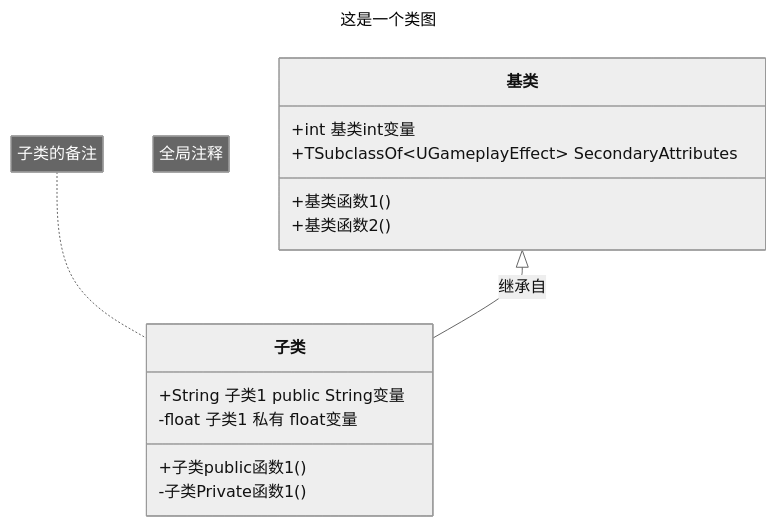
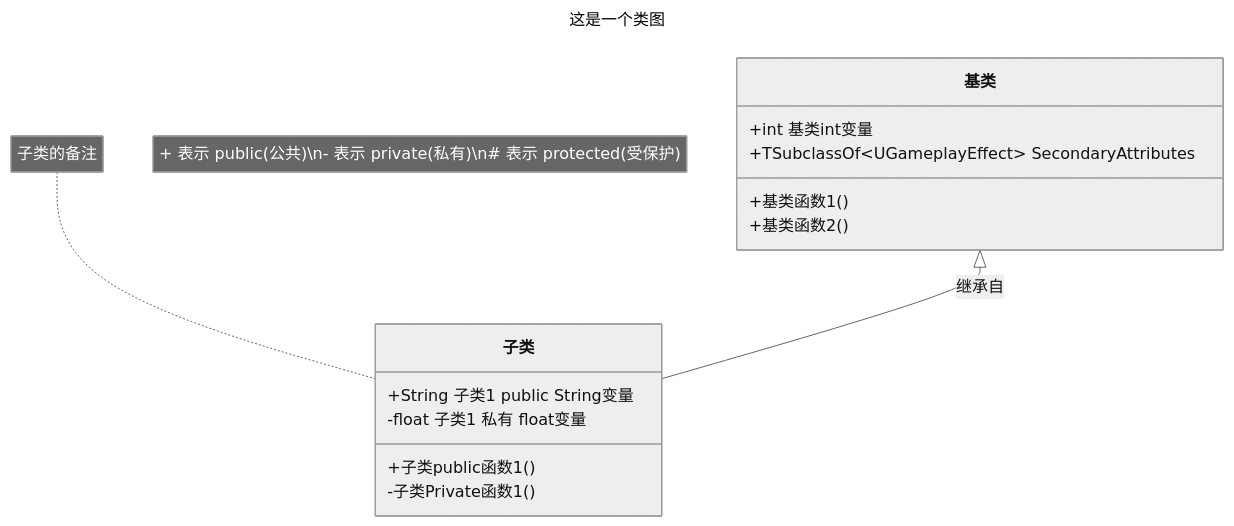
One commit to liyunlong618/LiYunLongKnowledgeLibrary changed the sixth of 8 diagrams in Mermaid格式参考.md. Above: the diagram before and after it, drawn with Mermaid (neutral theme). The commit also changed other lines of this file and 14 other files, not shown here.

Commit message:
52图

````diff
--- a/Mermaid格式参考.md
+++ b/Mermaid格式参考.md
@@ -144,25 +144,25 @@
 ```mermaid
 ---
 title: 这是一个类图
 ---
 classDiagram
 
-    note "全局注释"
+	note"+ 表示 public(公共)\n- 表示 private(私有)\n# 表示 protected(受保护)"
     
     class 基类{
         +int 基类int变量
         +TSubclassOf&lt;UGameplayEffect&gt; SecondaryAttributes
         +基类函数1()
         +基类函数2()
         }
 
     class 子类{
         +String 子类1 public String变量
         -float 子类1 私有 float变量
         +子类public函数1()
         -子类Private函数1()
         }
         
         基类 <|--子类:继承自
         note for 子类 "子类的备注"
 ```
````
